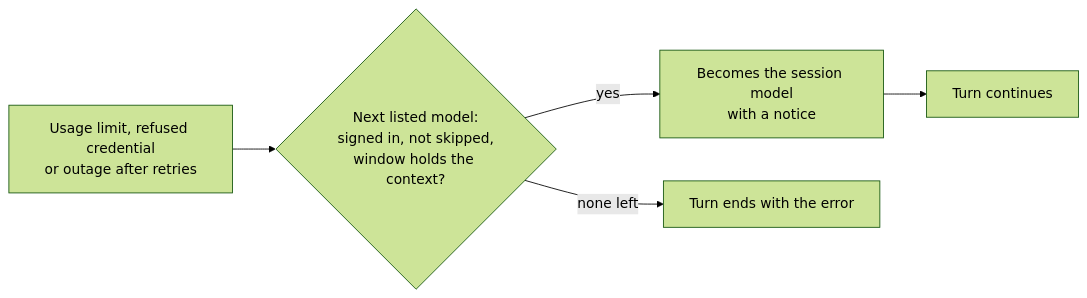
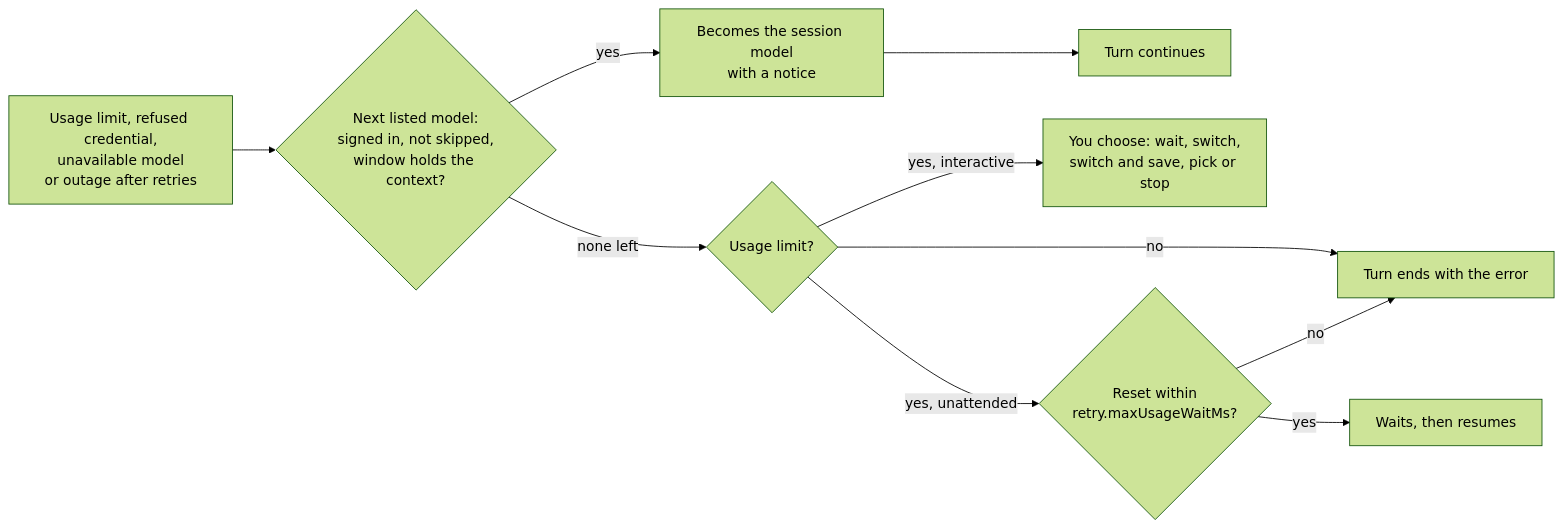
The fifth of 5 diagrams in packages/coding-agent/docs/configuration.md (bgauryy/octocode-coding-agent), drawn with Mermaid (forest theme) before and after one commit. The commit also changed other lines of this file and 1293 other files, not shown here.

````diff
--- a/packages/coding-agent/docs/configuration.md
+++ b/packages/coding-agent/docs/configuration.md
@@ -516,6 +521,11 @@
 ```mermaid
 flowchart LR
-  E[Usage limit, refused credential<br/>or outage after retries] --> L{Next listed model:<br/>signed in, not skipped,<br/>window holds the context?}
+  E[Usage limit, refused credential,<br/>unavailable model<br/>or outage after retries] --> L{Next listed model:<br/>signed in, not skipped,<br/>window holds the context?}
   L -->|yes| S[Becomes the session model<br/>with a notice] --> C[Turn continues]
-  L -->|none left| F[Turn ends with the error]
+  L -->|none left| U{Usage limit?}
+  U -->|no| F[Turn ends with the error]
+  U -->|yes, interactive| Q[You choose: wait, switch,<br/>switch and save, pick or stop]
+  U -->|yes, unattended| W{Reset within<br/>retry.maxUsageWaitMs?}
+  W -->|yes| R[Waits, then resumes]
+  W -->|no| F
 ```
````
